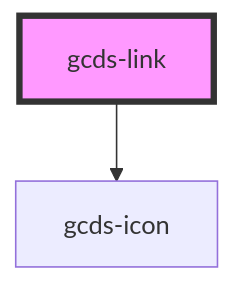
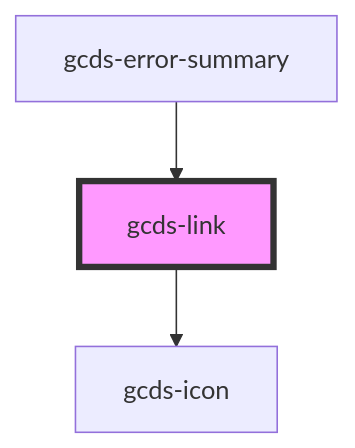
Before and after one commit to cds-snc/gcds-components: the diagram in packages/web/src/components/gcds-link/readme.md, drawn with Mermaid. The commit also changed other lines of this file and 1 other file, not shown here.

````diff
--- a/packages/web/src/components/gcds-link/readme.md
+++ b/packages/web/src/components/gcds-link/readme.md
@@ -39,5 +43,6 @@
 ```mermaid
 graph TD;
   gcds-link --> gcds-icon
+  gcds-error-summary --> gcds-link
   style gcds-link fill:#f9f,stroke:#333,stroke-width:4px
 ```
````
